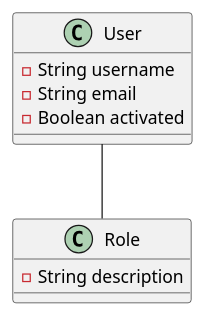
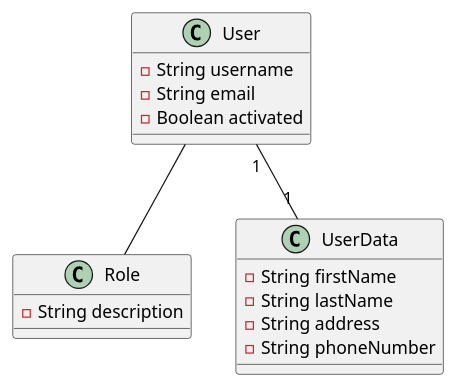
One commit to FranRodeles/SystemDesign changed the diagram in docs/diagrama_usuario.puml. Above: the diagram before and after it, drawn with PlantUML.

Commit message:
#2 feat(usuario): diagrama de clases de datos extra de usuario

```diff
--- a/docs/diagrama_usuario.puml
+++ b/docs/diagrama_usuario.puml
@@ -1,13 +1,20 @@
 @startuml
 class User{
   - String username
   - String email
   - Boolean activated
   }
 
 class Role{
     - String description
 }
 
+class UserData {
+    - String firstName
+    - String lastName
+    - String address
+    - String phoneNumber
+}
+User "1" -- "1" UserData
 User -- Role
 @enduml
```
